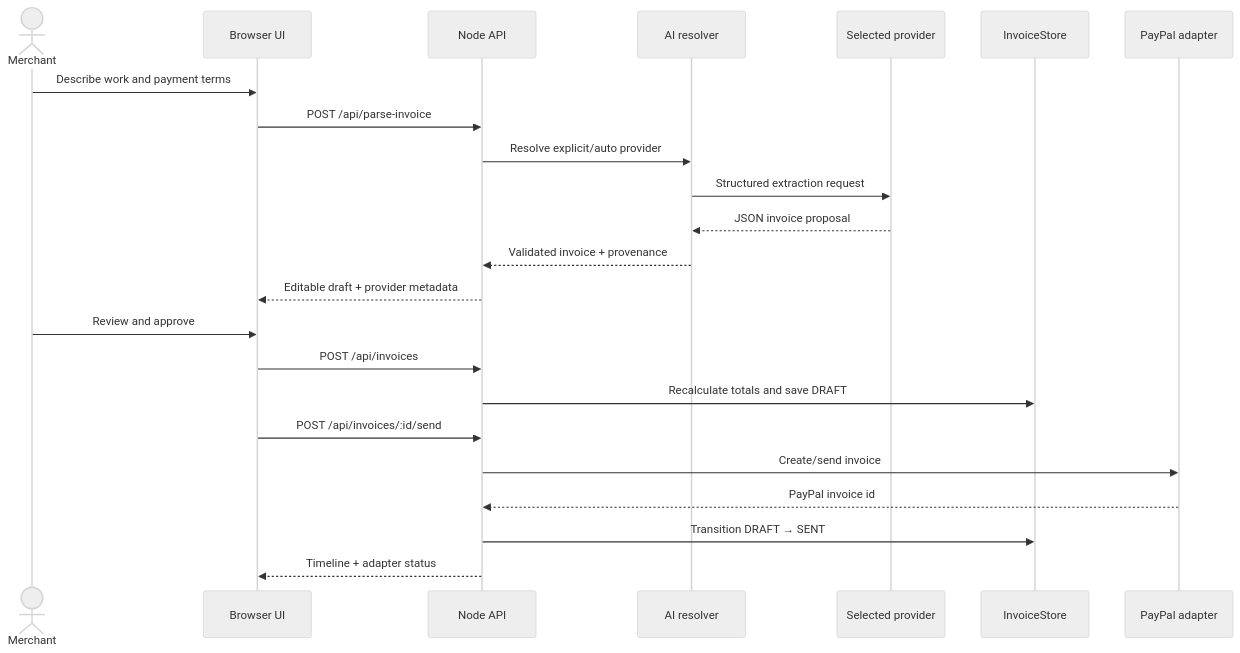
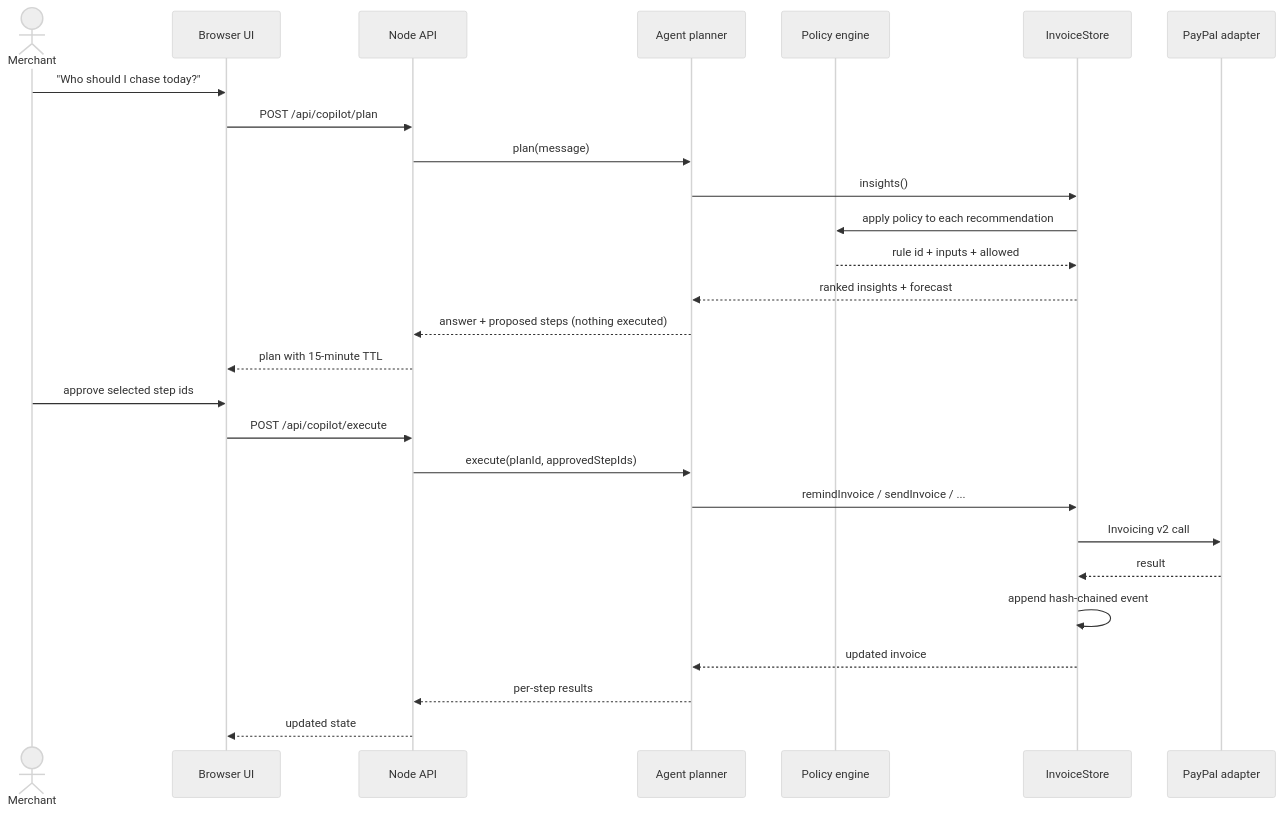
One commit to sidg2hp/paypal changed the second of 5 diagrams in docs/ARCHITECTURE.md. Above: the diagram before and after it, drawn with Mermaid (neutral theme). The commit also changed other lines of this file and 69 other files, not shown here.

````diff
--- a/docs/ARCHITECTURE.md
+++ b/docs/ARCHITECTURE.md
@@ -33,26 +36,30 @@
 ```mermaid
 sequenceDiagram
     actor Merchant
     participant UI as Browser UI
     participant API as Node API
-    participant Resolver as AI resolver
-    participant Provider as Selected provider
+    participant Agent as Agent planner
+    participant Policy as Policy engine
     participant Store as InvoiceStore
     participant PayPal as PayPal adapter
 
-    Merchant->>UI: Describe work and payment terms
-    UI->>API: POST /api/parse-invoice
-    API->>Resolver: Resolve explicit/auto provider
-    Resolver->>Provider: Structured extraction request
-    Provider-->>Resolver: JSON invoice proposal
-    Resolver-->>API: Validated invoice + provenance
-    API-->>UI: Editable draft + provider metadata
-    Merchant->>UI: Review and approve
-    UI->>API: POST /api/invoices
-    API->>Store: Recalculate totals and save DRAFT
-    UI->>API: POST /api/invoices/:id/send
-    API->>PayPal: Create/send invoice
-    PayPal-->>API: PayPal invoice id
-    API->>Store: Transition DRAFT → SENT
-    API-->>UI: Timeline + adapter status
+    Merchant->>UI: "Who should I chase today?"
+    UI->>API: POST /api/copilot/plan
+    API->>Agent: plan(message)
+    Agent->>Store: insights()
+    Store->>Policy: apply policy to each recommendation
+    Policy-->>Store: rule id + inputs + allowed
+    Store-->>Agent: ranked insights + forecast
+    Agent-->>API: answer + proposed steps (nothing executed)
+    API-->>UI: plan with 15-minute TTL
+    Merchant->>UI: approve selected step ids
+    UI->>API: POST /api/copilot/execute
+    API->>Agent: execute(planId, approvedStepIds)
+    Agent->>Store: remindInvoice / sendInvoice / ...
+    Store->>PayPal: Invoicing v2 call
+    PayPal-->>Store: result
+    Store->>Store: append hash-chained event
+    Store-->>Agent: updated invoice
+    Agent-->>API: per-step results
+    API-->>UI: updated state
 ```
````
